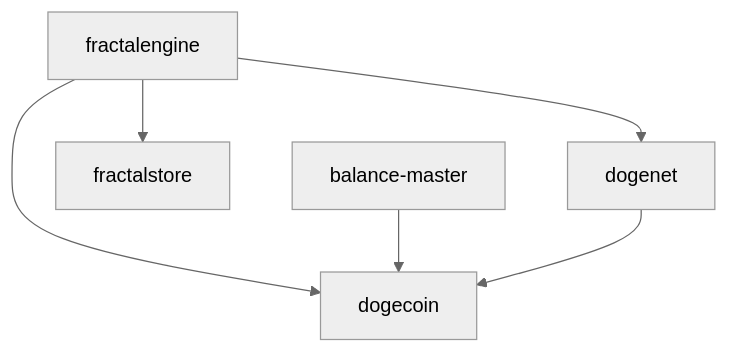
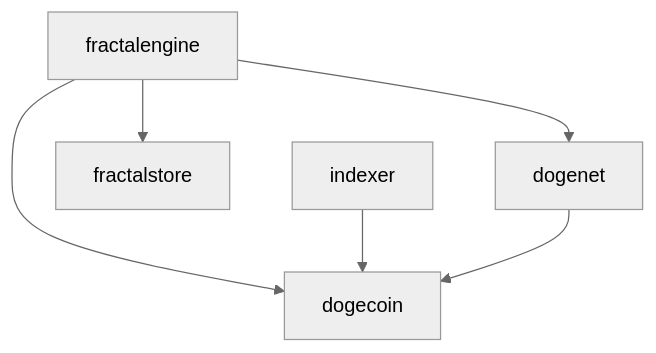
The diagram in docs/fractal-engine-docs/content/docs/troubleshooting.mdx (dogecoinfoundation/fractal-engine), drawn with Mermaid (neutral theme) before and after one commit. The commit also changed other lines of this file and 8 other files, not shown here.

````diff
--- a/docs/fractal-engine-docs/content/docs/troubleshooting.mdx
+++ b/docs/fractal-engine-docs/content/docs/troubleshooting.mdx
@@ -82,8 +83,8 @@
 ```mermaid
 graph TD
     A[fractalengine] --> B[dogecoin]
     A --> C[dogenet]
     A --> D[fractalstore]
-    E[balance-master] --> B
+    E[indexer] --> B
     C --> B
 ```
````
